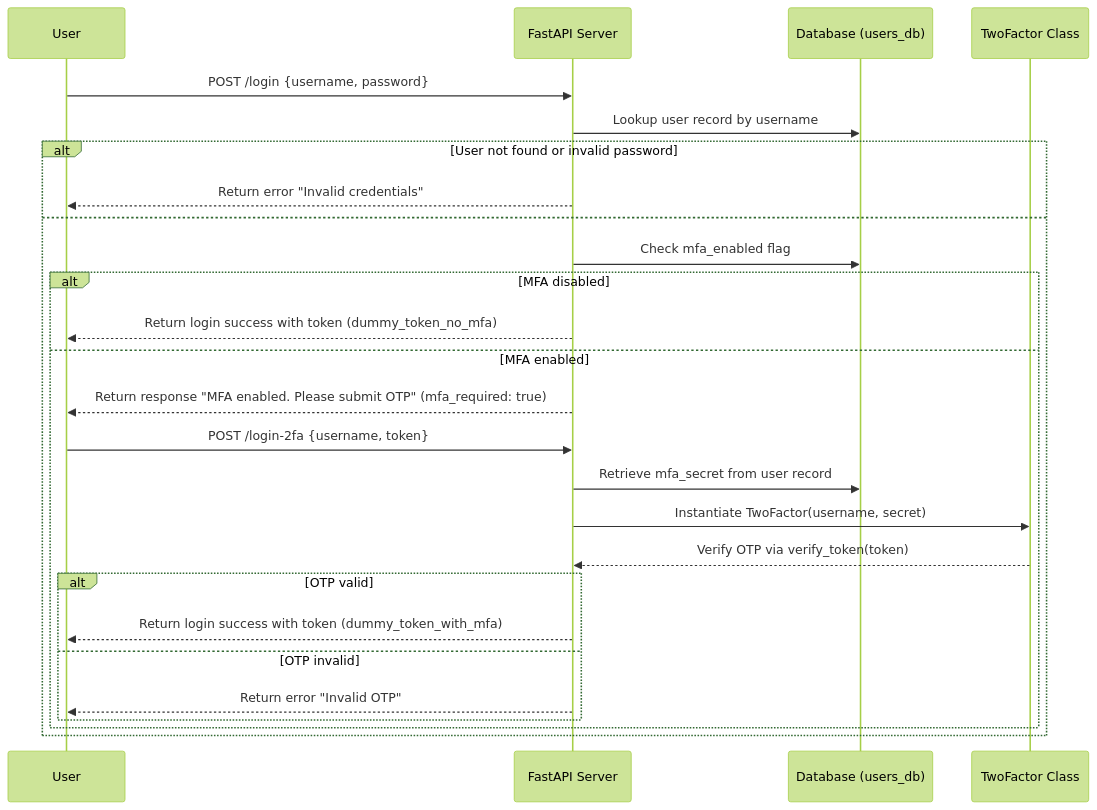
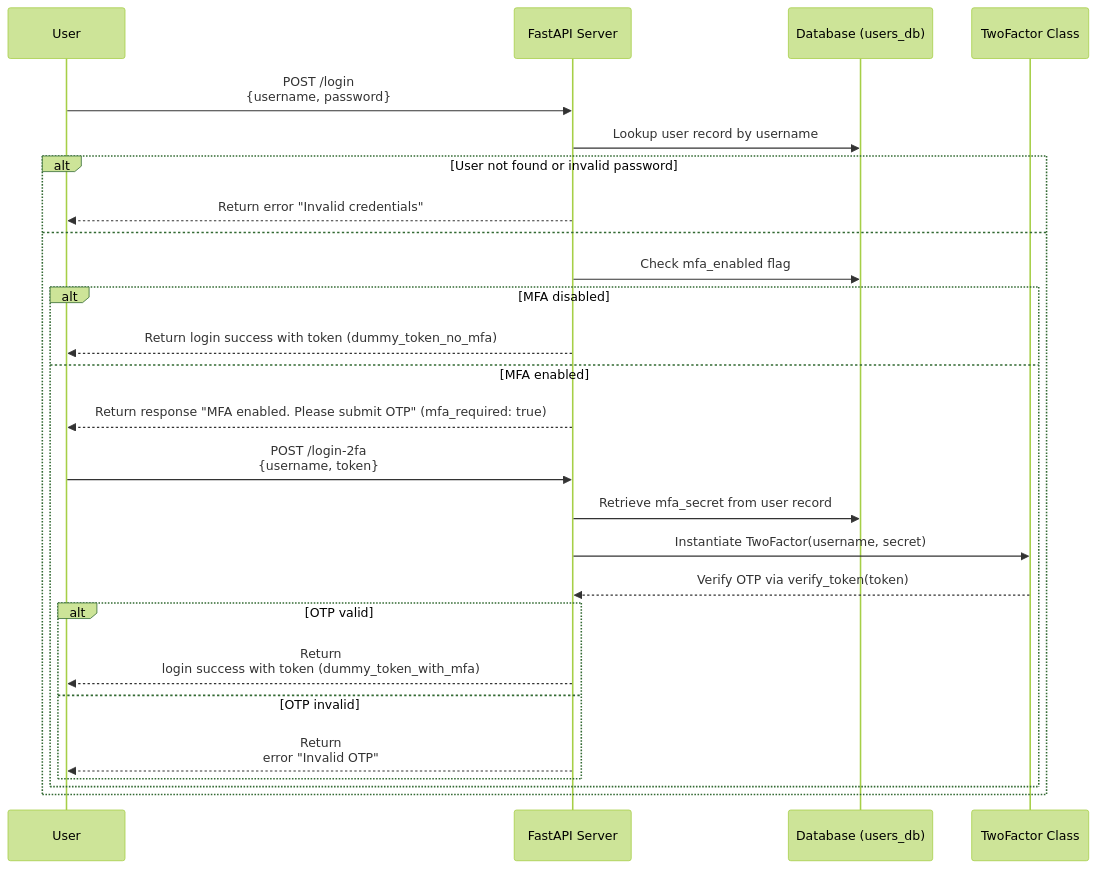
One commit to agfianf/fastapi-2fa-minimal changed the second of 3 diagrams in README.md. Above: the diagram before and after it, drawn with Mermaid (forest theme). The commit also changed other lines of this file, not shown here.

Commit message:
Update README.md to improve formatting of API request examples

````diff
--- a/README.md
+++ b/README.md
@@ -59,29 +59,29 @@
     ```mermaid
     sequenceDiagram
         participant U as User
         participant S as FastAPI Server
         participant DB as Database (users_db)
         participant T as TwoFactor Class
 
-        U->>S: POST /login {username, password}
+        U->>S: POST /login <br>{username, password}
         S->>DB: Lookup user record by username
         alt User not found or invalid password
             S-->>U: Return error "Invalid credentials"
         else
             S->>DB: Check mfa_enabled flag
             alt MFA disabled
                 S-->>U: Return login success with token (dummy_token_no_mfa)
             else MFA enabled
                 S-->>U: Return response "MFA enabled. Please submit OTP" (mfa_required: true)
-                U->>S: POST /login-2fa {username, token}
+                U->>S: POST /login-2fa <br>{username, token}
                 S->>DB: Retrieve mfa_secret from user record
                 S->>T: Instantiate TwoFactor(username, secret)
                 T-->>S: Verify OTP via verify_token(token)
                 alt OTP valid
-                    S-->>U: Return login success with token (dummy_token_with_mfa)
+                    S-->>U: Return<br>login success with token (dummy_token_with_mfa)
                 else OTP invalid
-                    S-->>U: Return error "Invalid OTP"
+                    S-->>U: Return<br>error "Invalid OTP"
                 end
             end
         end
     ```
````
